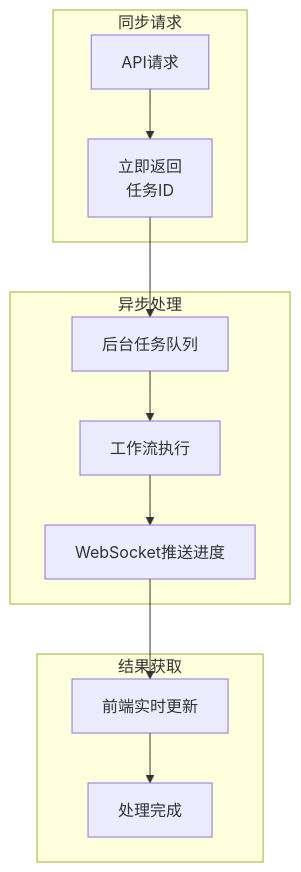
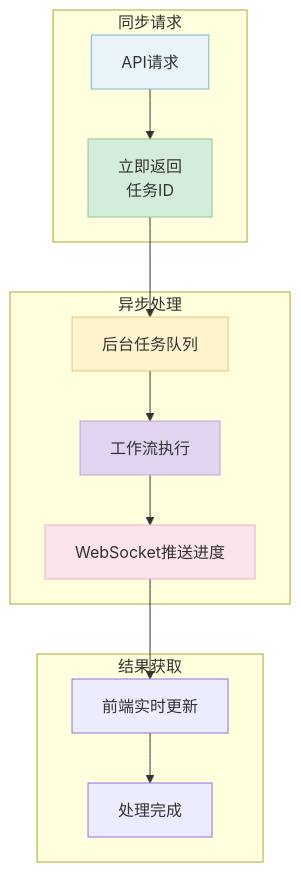
Before and after one commit to xt765/ResumeScreening: diagram 12 of 14 in docs/architecture.md, drawn with Mermaid. The commit also changed other lines of this file and 4 other files, not shown here.

````diff
--- a/docs/architecture.md
+++ b/docs/architecture.md
@@ -666,17 +791,23 @@
 ```mermaid
 graph TB
     subgraph 同步请求
         A[API请求] --> B[立即返回<br/>任务ID]
     end
   
     subgraph 异步处理
         B --> C[后台任务队列]
         C --> D[工作流执行]
         D --> E[WebSocket推送进度]
     end
   
     subgraph 结果获取
         E --> F[前端实时更新]
         F --> G[处理完成]
     end
+    
+    style A fill:#e8f4f8,stroke:#7fb3d5,stroke-width:1px
+    style B fill:#d4edda,stroke:#90c695,stroke-width:1px
+    style C fill:#fff3cd,stroke:#e0c97f,stroke-width:1px
+    style D fill:#e2d4f0,stroke:#c5a5d5,stroke-width:1px
+    style E fill:#fce4ec,stroke:#e8b4c8,stroke-width:1px
 ```
````
